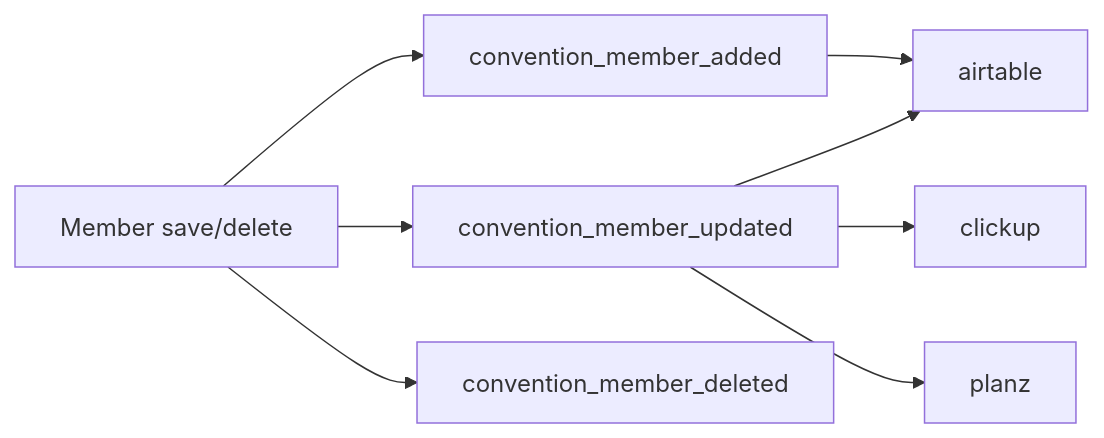
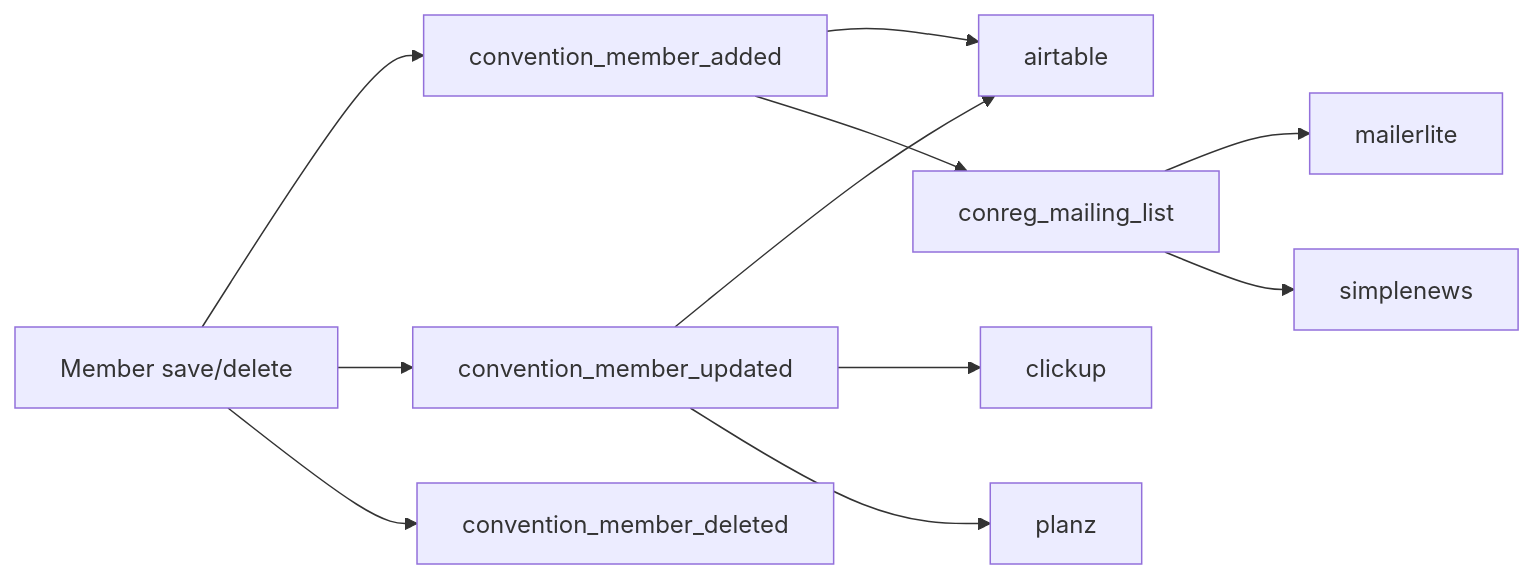
Before and after one commit to smofconlisbon/conreg: the diagram in docs/submodules/index.md, drawn with Mermaid. The commit also changed other lines of this file and 78 other files, not shown here.

````diff
--- a/docs/submodules/index.md
+++ b/docs/submodules/index.md
@@ -20,10 +22,13 @@
 ```mermaid
 flowchart LR
   member[Member save/delete] --> added[convention_member_added]
   member --> updated[convention_member_updated]
   member --> deleted[convention_member_deleted]
   added --> airtable
   updated --> airtable
   updated --> clickup
   updated --> planz
+  added --> mailing_list[conreg_mailing_list]
+  mailing_list --> mailerlite
+  mailing_list --> simplenews
 ```
````
